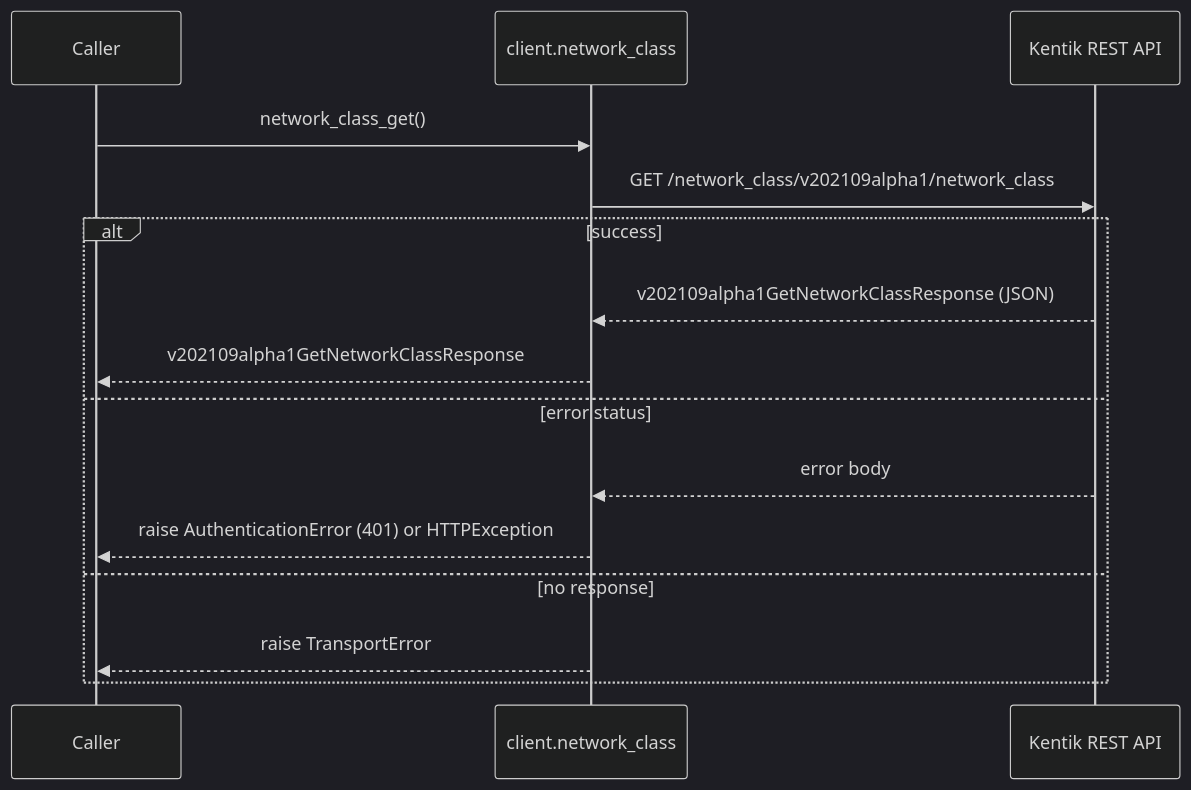
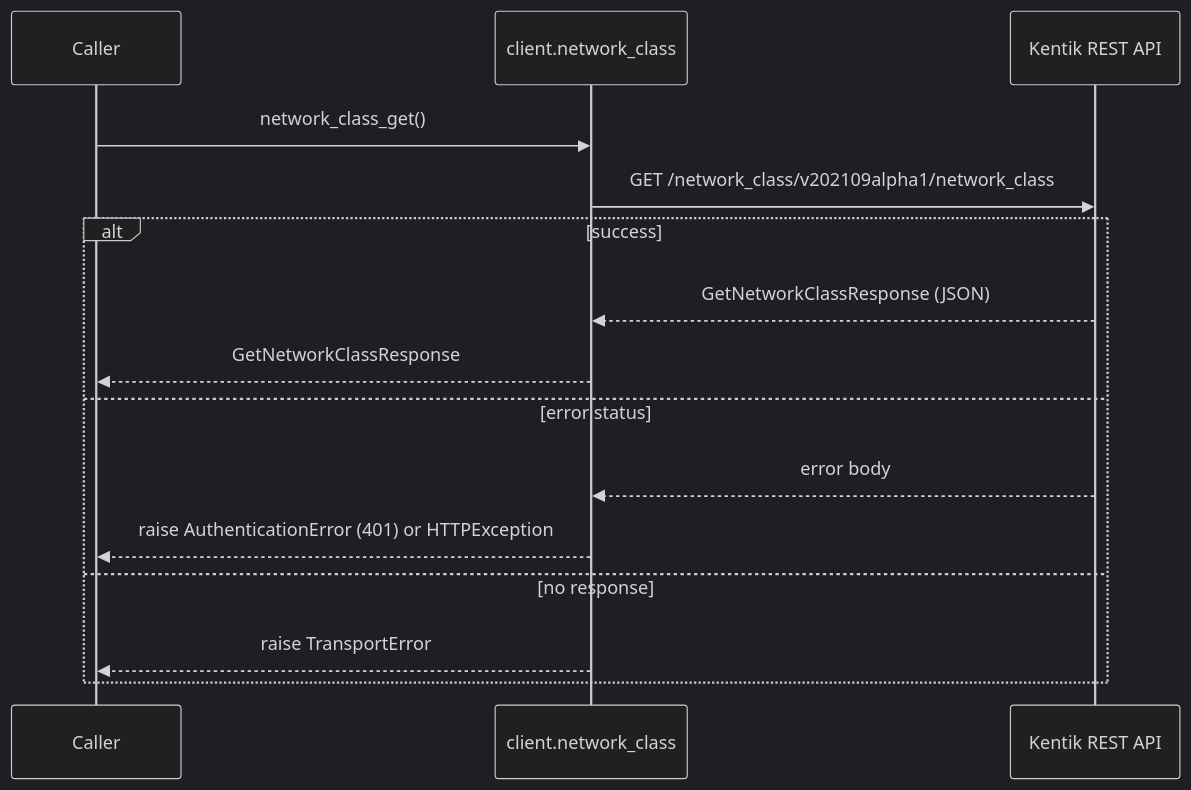
Before and after one commit to alexdearaujo/community_sdk_python: the second of 6 diagrams in docs/sphinx/services/network_class.md, drawn with Mermaid (dark theme). The commit also changed other lines of this file and 38 other files, not shown here.

````diff
--- a/docs/sphinx/services/network_class.md
+++ b/docs/sphinx/services/network_class.md
@@ -38,18 +38,18 @@
 ```mermaid
 sequenceDiagram
     participant C as Caller
     participant W as client.network_class
     participant API as Kentik REST API
 
     C->>W: network_class_get()
     W->>API: GET /network_class/v202109alpha1/network_class
     alt success
-        API-->>W: v202109alpha1GetNetworkClassResponse (JSON)
-        W-->>C: v202109alpha1GetNetworkClassResponse
+        API-->>W: GetNetworkClassResponse (JSON)
+        W-->>C: GetNetworkClassResponse
     else error status
         API-->>W: error body
         W-->>C: raise AuthenticationError (401) or HTTPException
     else no response
         W-->>C: raise TransportError
     end
 ```
````
